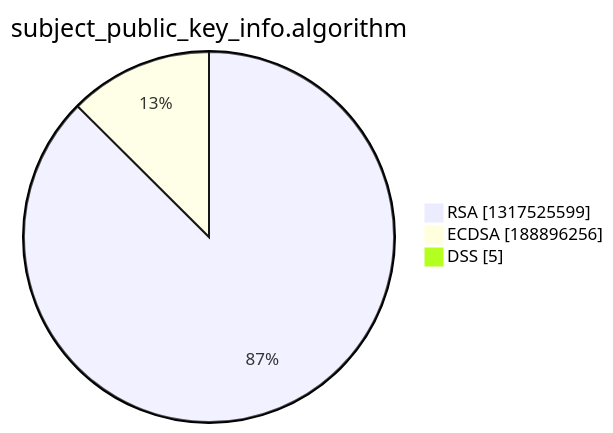
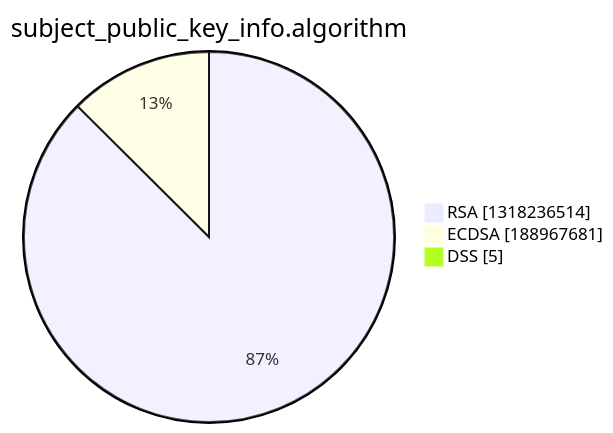
One commit to christiankrug/ctmonitor_visualization changed the third of 15 diagrams in xenon2022/README.md. Above: the diagram before and after it, drawn with Mermaid. The commit also changed other lines of this file, not shown here.

````diff
--- a/xenon2022/README.md
+++ b/xenon2022/README.md
@@ -14,7 +14,7 @@
 ```mermaid
 pie showData
 title subject_public_key_info.algorithm
-"RSA" :1317525599
-"ECDSA" :188896256
+"RSA" :1318236514
+"ECDSA" :188967681
 "DSS" :5
 ```
````
